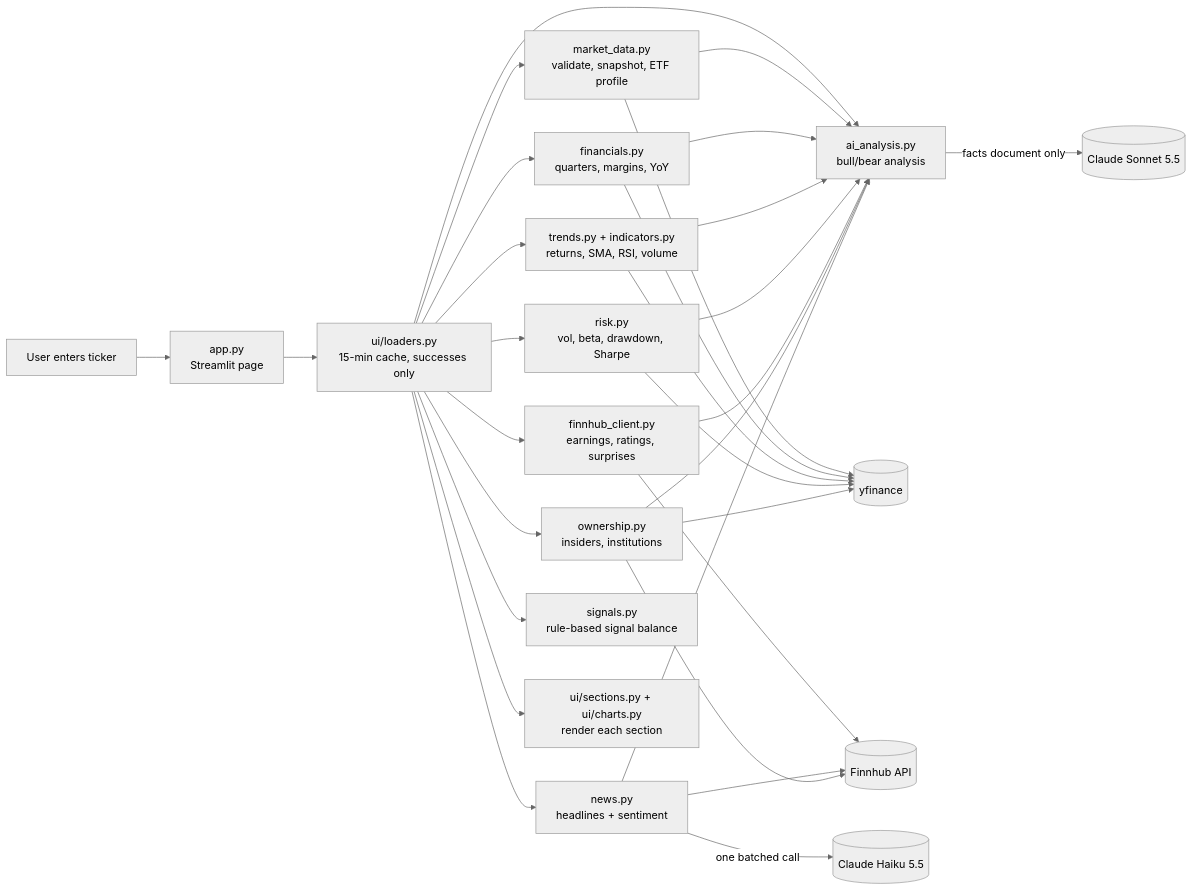
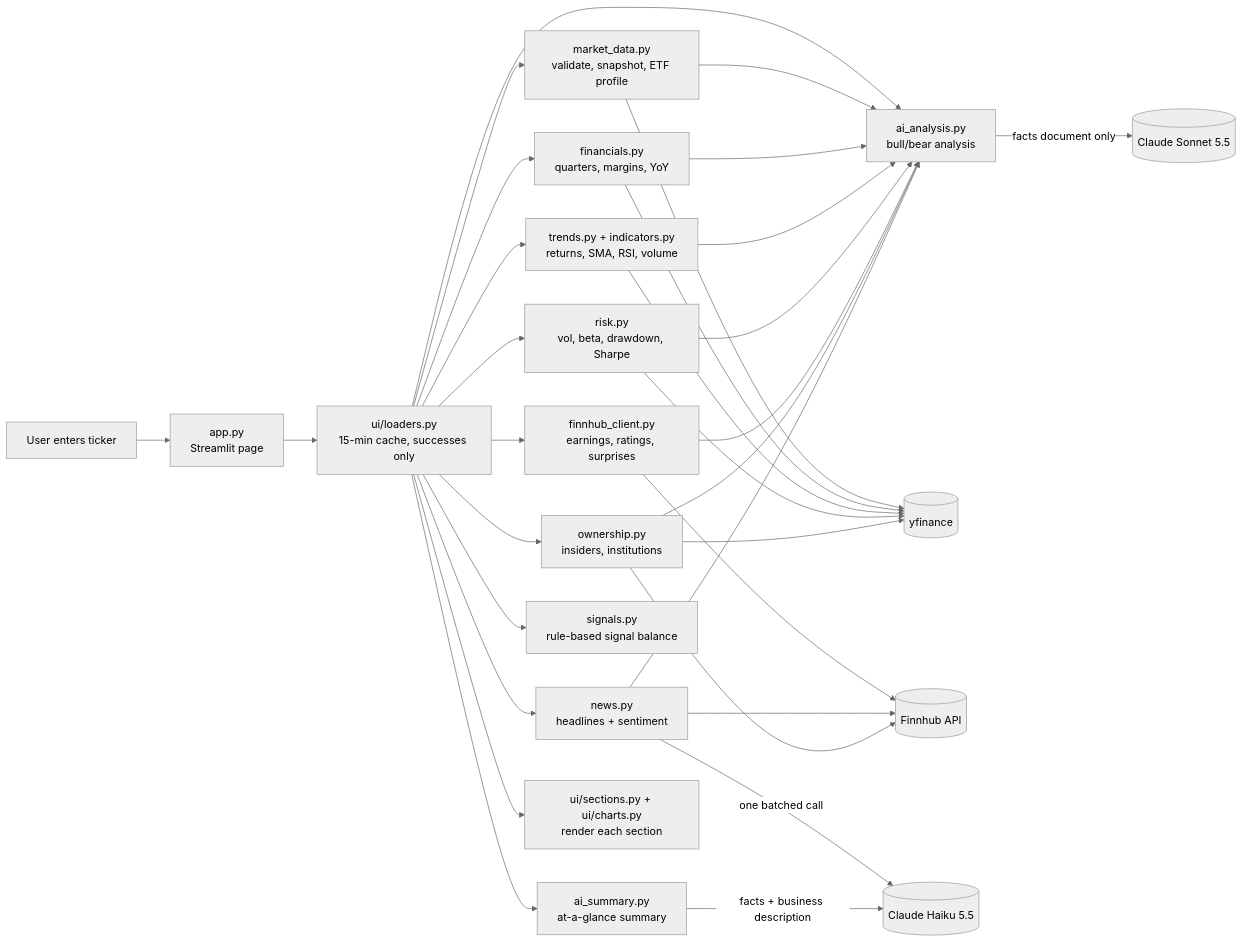
One commit to nathanielmarvyn/stock-research-assistant changed the diagram in README.md. Above: the diagram before and after it, drawn with Mermaid (neutral theme). The commit also changed other lines of this file and 5 other files, not shown here.

````diff
--- a/README.md
+++ b/README.md
@@ -49,24 +53,26 @@
 ```mermaid
 flowchart LR
     U[User enters ticker] --> APP[app.py<br/>Streamlit page]
     APP --> L[ui/loaders.py<br/>15-min cache, successes only]
 
     L --> MD[market_data.py<br/>validate, snapshot, ETF profile]
     L --> FIN[financials.py<br/>quarters, margins, YoY]
     L --> TR[trends.py + indicators.py<br/>returns, SMA, RSI, volume]
     L --> RK[risk.py<br/>vol, beta, drawdown, Sharpe]
     L --> FH[finnhub_client.py<br/>earnings, ratings, surprises]
     L --> OW[ownership.py<br/>insiders, institutions]
     L --> NW[news.py<br/>headlines + sentiment]
     L --> AI[ai_analysis.py<br/>bull/bear analysis]
     L --> SG[signals.py<br/>rule-based signal balance]
 
     MD & FIN & TR & RK --> YF[(yfinance)]
     FH & NW & OW --> FHAPI[(Finnhub API)]
     OW --> YF
     NW -->|one batched call| HAIKU[(Claude Haiku 5.5)]
+    L --> SUM[ai_summary.py<br/>at-a-glance summary]
+    SUM -->|facts + business description| HAIKU
     AI -->|facts document only| SONNET[(Claude Sonnet 5.5)]
 
     MD & FIN & TR & RK & FH & OW & NW --> AI
     L --> UI[ui/sections.py + ui/charts.py<br/>render each section]
 ```
````
